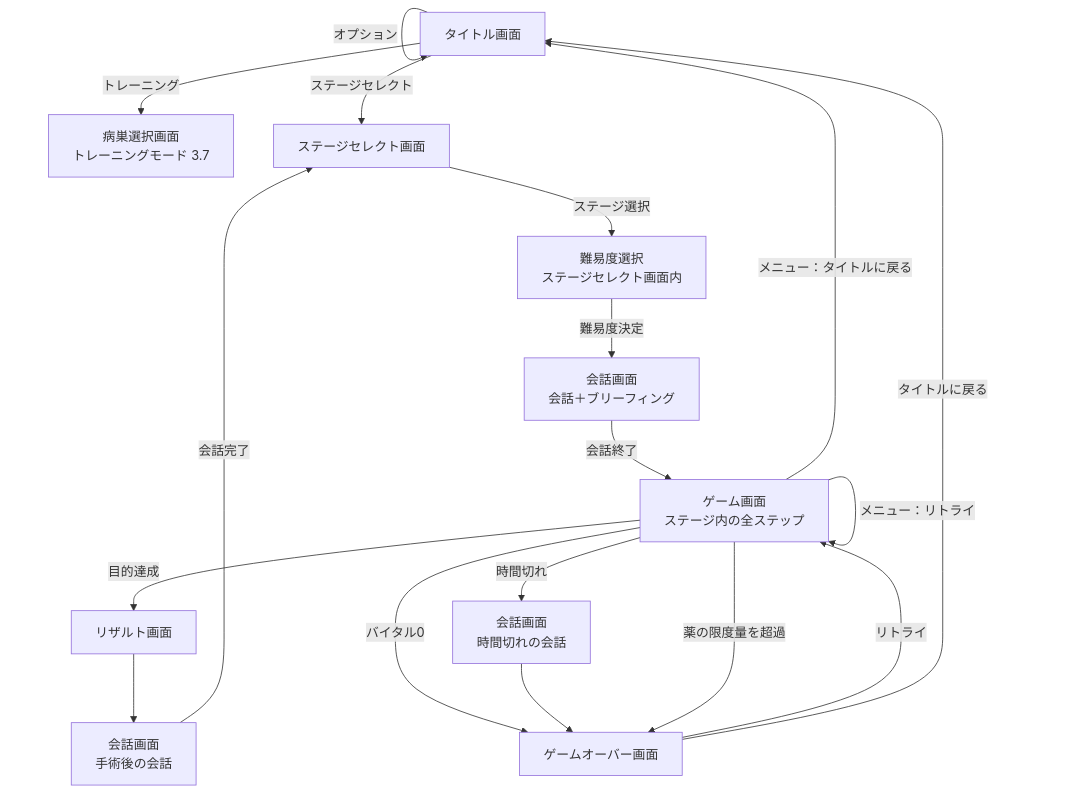
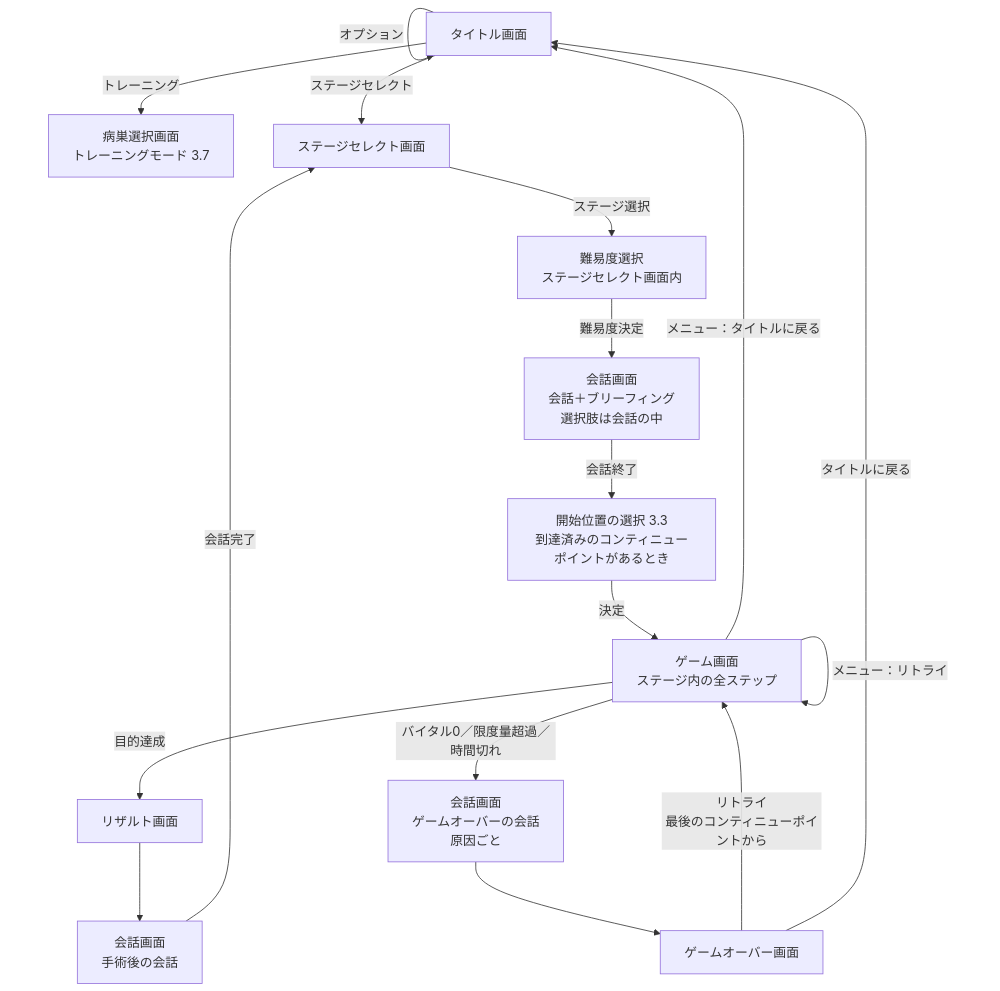
Before and after one commit to shuokitsu/OperationTrauma: the first of 3 diagrams in spec/02_screens.md, drawn with Mermaid. The commit also changed other lines of this file and 80 other files, not shown here.

````diff
--- a/spec/02_screens.md
+++ b/spec/02_screens.md
@@ -22,19 +22,18 @@
 ```mermaid
 flowchart TD
     Title[タイトル画面] -->|ステージセレクト| Select[ステージセレクト画面]
     Title -->|オプション| Title
     Title -->|トレーニング| Training[病巣選択画面<br>トレーニングモード 3.7]
     Select -->|ステージ選択| Diff[難易度選択<br>ステージセレクト画面内]
-    Diff -->|難易度決定| TalkBefore[会話画面<br>会話＋ブリーフィング]
-    TalkBefore -->|会話終了| Game[ゲーム画面<br>ステージ内の全ステップ]
+    Diff -->|難易度決定| TalkBefore[会話画面<br>会話＋ブリーフィング<br>選択肢は会話の中]
+    TalkBefore -->|会話終了| Start[開始位置の選択 3.3<br>到達済みのコンティニューポイントがあるとき]
+    Start -->|決定| Game[ゲーム画面<br>ステージ内の全ステップ]
     Game -->|目的達成| Result[リザルト画面]
-    Game -->|バイタル0| Over[ゲームオーバー画面]
-    Game -->|時間切れ| TalkTimeUp[会話画面<br>時間切れの会話] --> Over
-    Game -->|薬の限度量を超過| Over
+    Game -->|バイタル0／限度量超過／時間切れ| TalkOver[会話画面<br>ゲームオーバーの会話<br>原因ごと] --> Over[ゲームオーバー画面]
     Game -->|メニュー：リトライ| Game
     Game -->|メニュー：タイトルに戻る| Title
-    Over -->|リトライ| Game
+    Over -->|リトライ<br>最後のコンティニューポイントから| Game
     Over -->|タイトルに戻る| Title
     Result --> TalkAfter[会話画面<br>手術後の会話]
     TalkAfter -->|会話完了| Select
 ```
````
